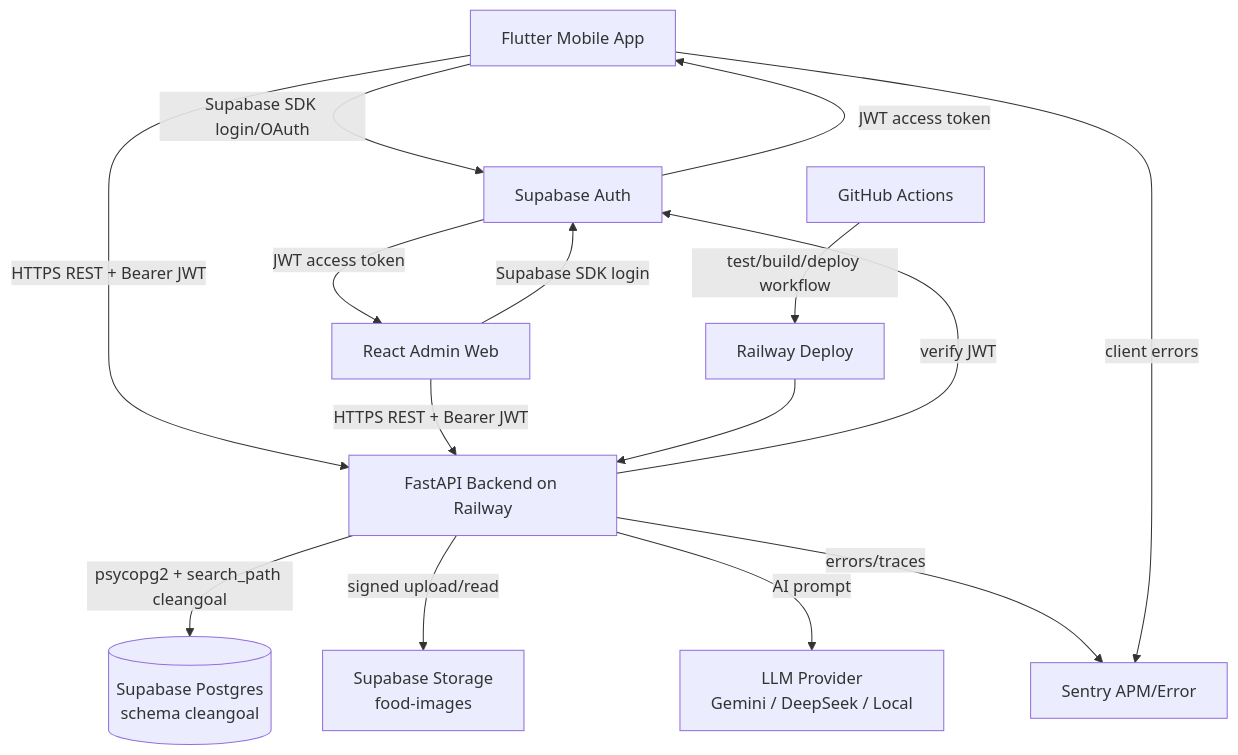
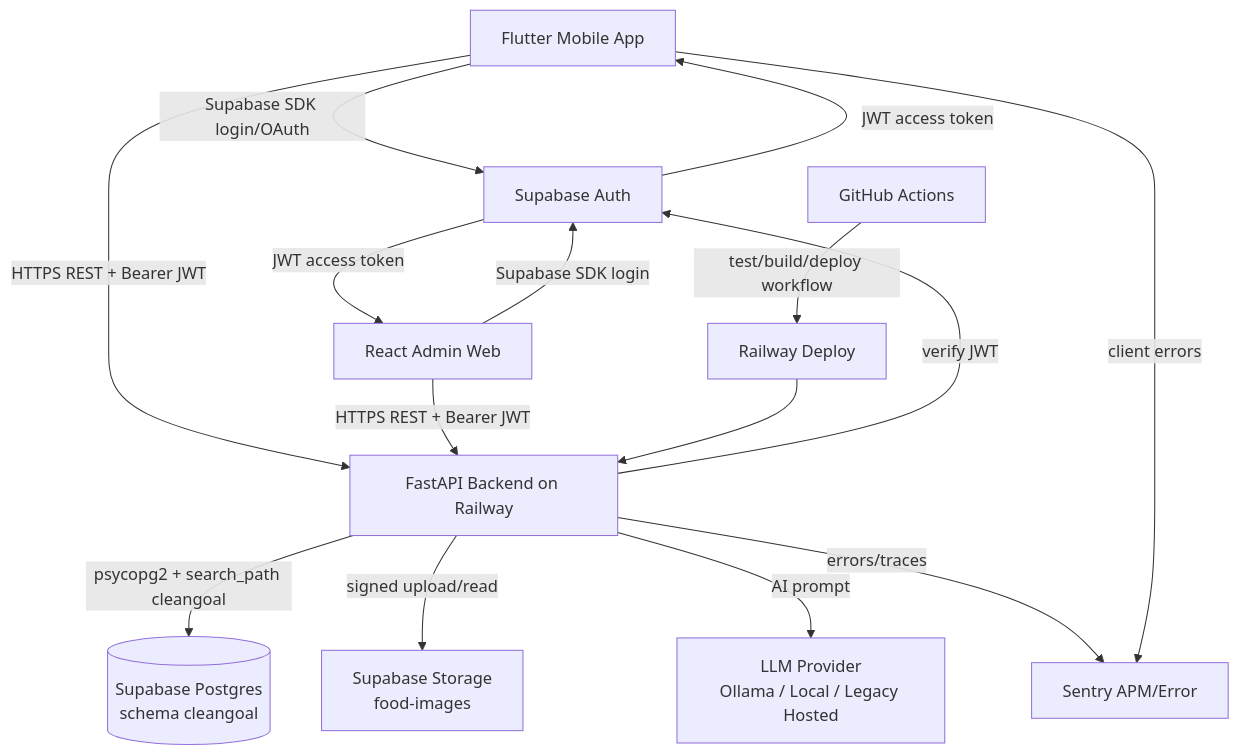
One commit to Nemoeiei/calories-guard changed the first of 9 diagrams in docs/ORCHESTRATION.md. Above: the diagram before and after it, drawn with Mermaid. The commit also changed other lines of this file and 18 other files, not shown here.

Commit message:
feat(ai): use Ollama as default local LLM provider

````diff
--- a/docs/ORCHESTRATION.md
+++ b/docs/ORCHESTRATION.md
@@ -11,31 +11,31 @@
 ```mermaid
 flowchart TB
     Mobile[Flutter Mobile App]
     Admin[React Admin Web]
     API[FastAPI Backend on Railway]
     Auth[Supabase Auth]
     DB[(Supabase Postgres<br/>schema cleangoal)]
     Storage[Supabase Storage<br/>food-images]
-    AI[LLM Provider<br/>Gemini / DeepSeek / Local]
+    AI[LLM Provider<br/>Ollama / Local / Legacy Hosted]
     Sentry[Sentry APM/Error]
     CI[GitHub Actions]
     Railway[Railway Deploy]
 
     Mobile -->|Supabase SDK login/OAuth| Auth
     Admin -->|Supabase SDK login| Auth
     Auth -->|JWT access token| Mobile
     Auth -->|JWT access token| Admin
 
     Mobile -->|HTTPS REST + Bearer JWT| API
     Admin -->|HTTPS REST + Bearer JWT| API
 
     API -->|verify JWT| Auth
     API -->|psycopg2 + search_path cleangoal| DB
     API -->|signed upload/read| Storage
     API -->|AI prompt| AI
     API -->|errors/traces| Sentry
     Mobile -->|client errors| Sentry
 
     CI -->|test/build/deploy workflow| Railway
     Railway --> API
 ```
````
